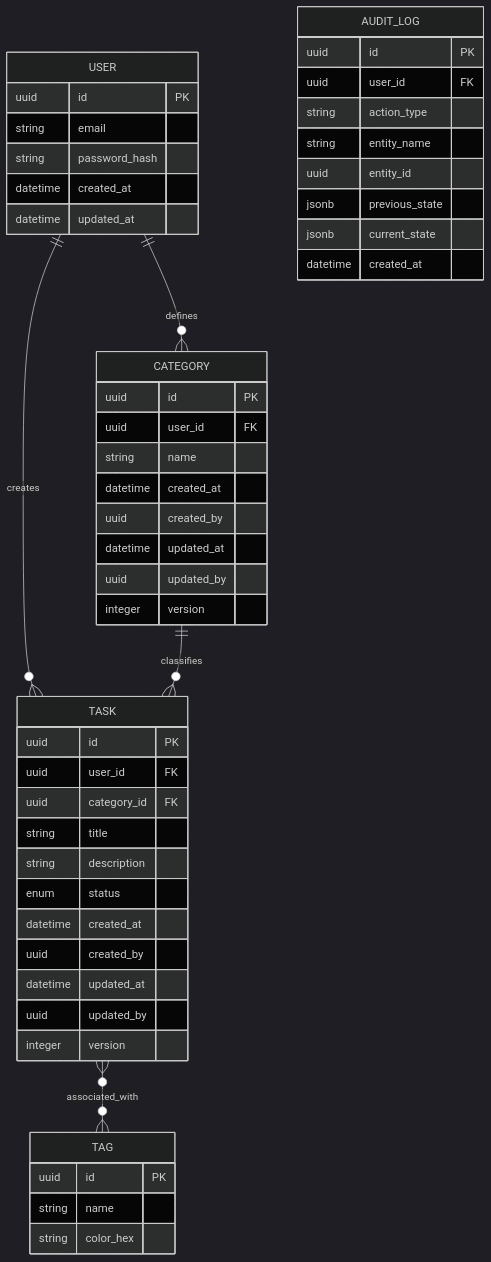
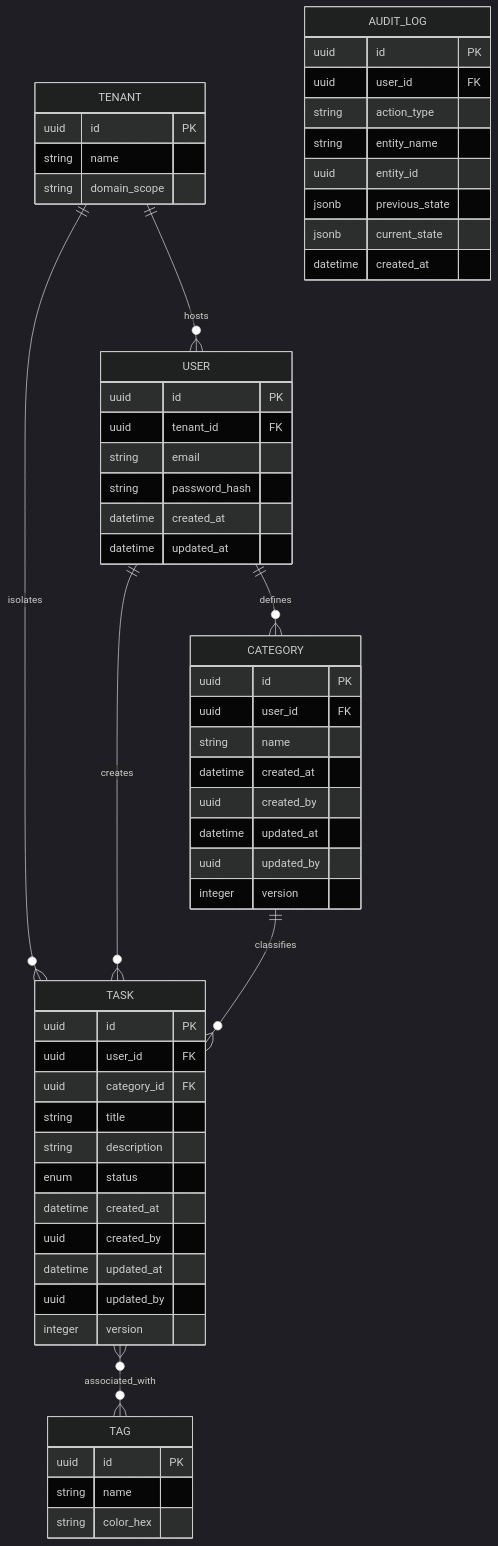
Before and after one commit to beyondnetcode/arc32_nodejs_progresive_monolith: the diagram in arc-nodejs-workspace/docs/01-requirements/conceptual-data-model.md, drawn with Mermaid (dark theme). The commit also changed 45 other files, not shown here.

Commit message:
feat: restore full 30-ADR ledger, re-incorporate SaaS Multi-Tenancy and BFF specifications as core directive

````diff
--- a/arc-nodejs-workspace/docs/01-requirements/conceptual-data-model.md
+++ b/arc-nodejs-workspace/docs/01-requirements/conceptual-data-model.md
@@ -7,56 +7,65 @@
 ```mermaid
 erDiagram
+    TENANT ||--o{ USER : hosts
+    TENANT ||--o{ TASK : isolates
     USER ||--o{ TASK : creates
     USER ||--o{ CATEGORY : defines
     CATEGORY ||--o{ TASK : classifies
     TASK }o--o{ TAG : associated_with
     
+    %% System Multi-Tenancy Root
+    TENANT {
+        uuid id PK
+        string name
+        string domain_scope
+    }
     %% Core Business Entities
     USER {
         uuid id PK
+        uuid tenant_id FK
         string email
         string password_hash
         datetime created_at
         datetime updated_at
     }
     CATEGORY {
         uuid id PK
         uuid user_id FK
         string name
         datetime created_at
         uuid created_by
         datetime updated_at
         uuid updated_by
         integer version
     }
     TASK {
         uuid id PK
         uuid user_id FK
         uuid category_id FK
         string title
         string description
         enum status
         datetime created_at
         uuid created_by
         datetime updated_at
         uuid updated_by
         integer version
     }
     TAG {
         uuid id PK
         string name
         string color_hex
     }
 
     %% Central Audit Ledger
     AUDIT_LOG {
         uuid id PK
         uuid user_id FK
         string action_type
         string entity_name
         uuid entity_id
         jsonb previous_state
         jsonb current_state
         datetime created_at
     }
 ```
````
